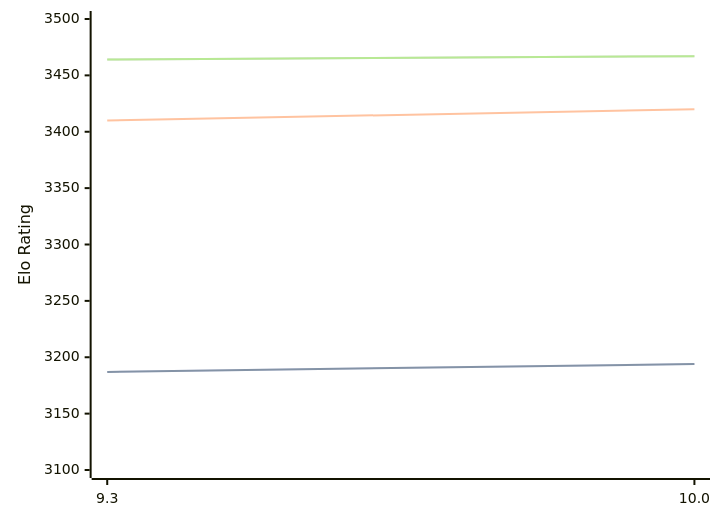
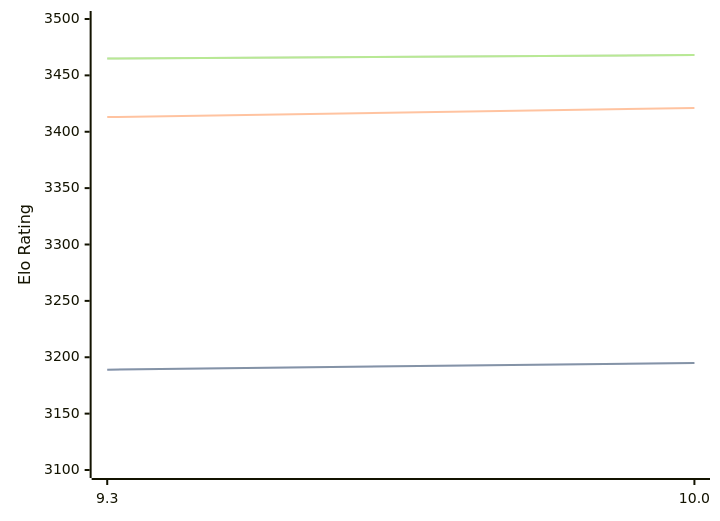
Before and after one commit to computer-chess-index/cci: the diagram in engines/Fire.md, drawn with Mermaid. The commit also changed other lines of this file, not shown here.

Commit message:
Update CCI Ratings (ELO VLTC) - 2026-02-21

````diff
--- a/engines/Fire.md
+++ b/engines/Fire.md
@@ -44,11 +44,11 @@
 ```mermaid
 %%{init: {"theme":"base","themeVariables":{"seriesColors:['#a3a3a3','#222221','#faa371']}}}%%
 xychart-beta
   x-axis ["9.3", "10.0"]
   y-axis "Elo Rating" 3100 --> 3500
-  line "STC (8.0+0.08s)" [3187, 3194]
-  line "STC (8.0+0.08s)" [3187, 3194]
-  line "LTC (60.0+0.60s)" [3410, 3420]
-  line "VLTC (2m24s+1.12s)" [3464, 3467]
-  line "VLTC (2m24s+1.12s)" [3464, 3467]
+  line "STC (8.0+0.08s)" [3189, 3195]
+  line "STC (8.0+0.08s)" [3189, 3195]
+  line "LTC (60.0+0.60s)" [3413, 3421]
+  line "VLTC (2m24s+1.12s)" [3465, 3468]
+  line "VLTC (2m24s+1.12s)" [3465, 3468]
 ```
````
